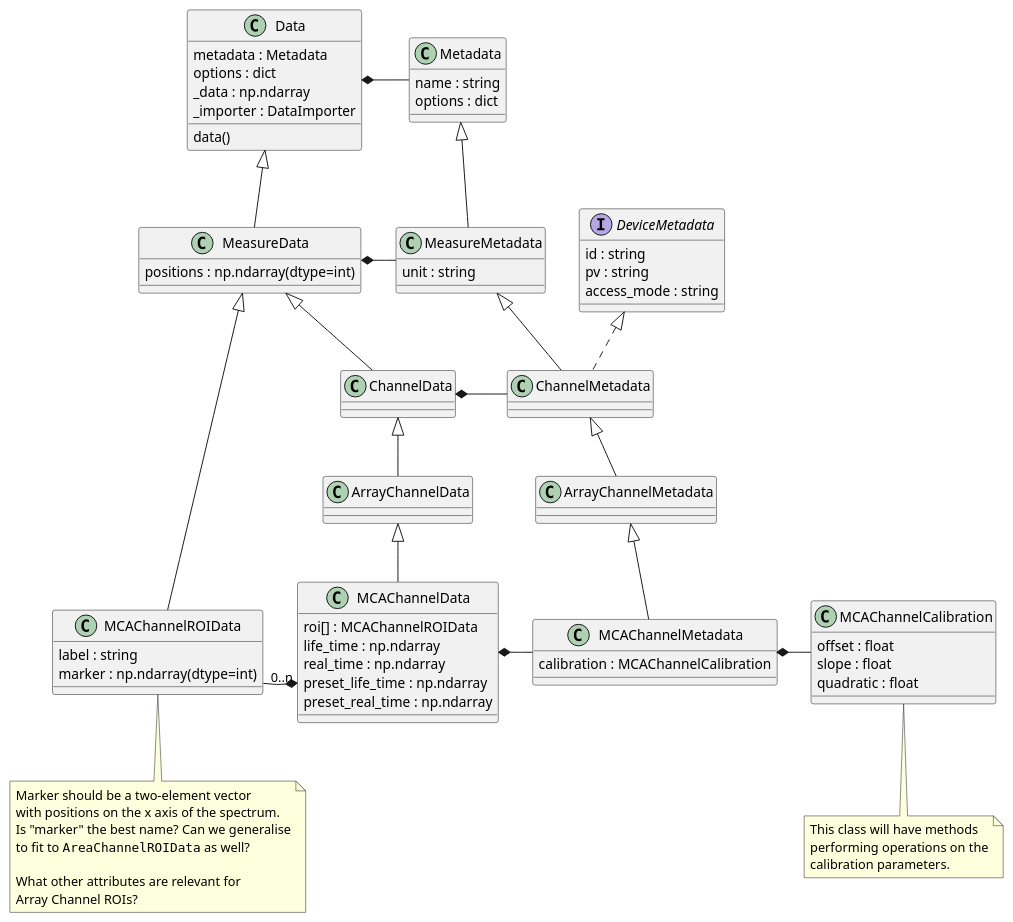
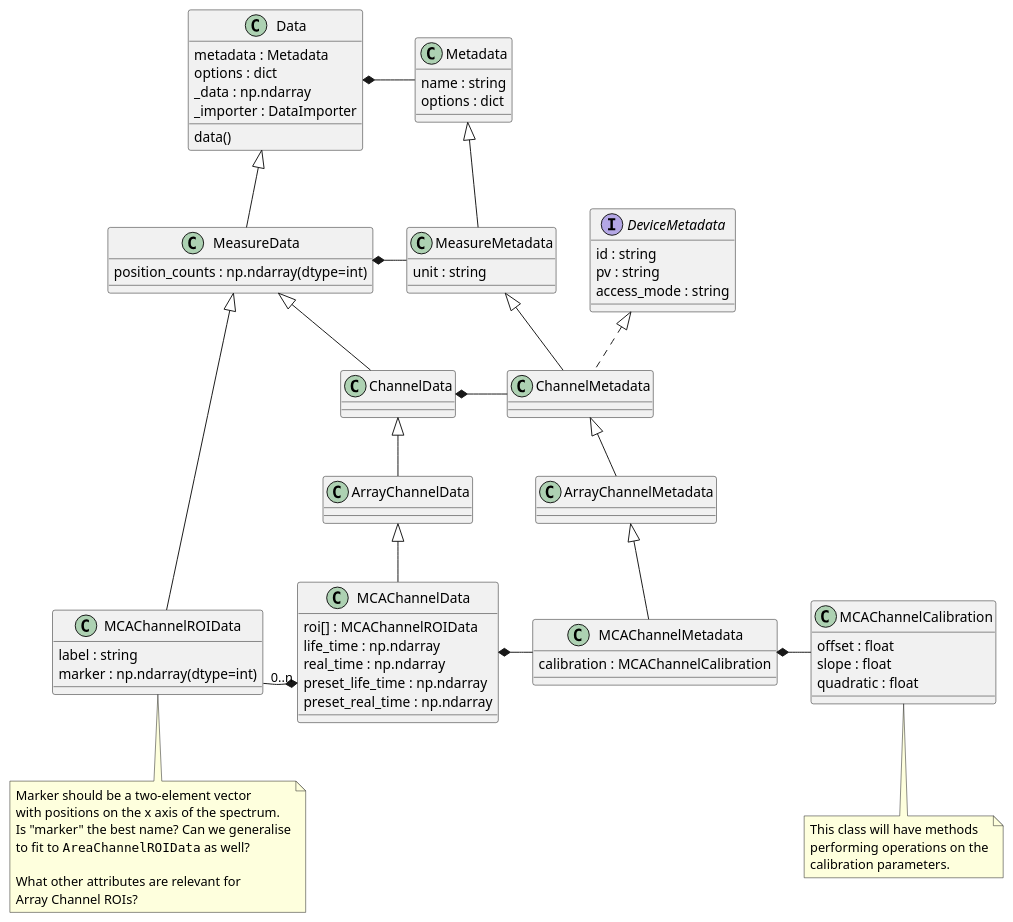
Before and after one commit to tillbiskup/evedata: the diagram in docs/uml/mcachannel.puml, drawn with PlantUML. The commit also changed 31 other files, not shown here.

First line of the commit message:
Replace ambiguous name "positions" with "position_count" where actual position counts are meant.

```diff
--- a/docs/uml/mcachannel.puml
+++ b/docs/uml/mcachannel.puml
@@ -1,93 +1,93 @@
 @startuml
 'https://plantuml.com/class-diagram
 
 class Data {
     metadata : Metadata
     options : dict
     _data : np.ndarray
     _importer : DataImporter
     data()
 }
 
 Data *- Metadata
 
 class MeasureData extends Data {
-    {field} positions : np.ndarray(dtype=int)
+    {field} position_counts : np.ndarray(dtype=int)
 }
 
 MeasureData *- MeasureMetadata
 
 class ChannelData extends MeasureData
 
 ChannelData *- ChannelMetadata
 
 class ArrayChannelData extends ChannelData {}
 
 class MCAChannelData extends ArrayChannelData {
     roi[] : MCAChannelROIData
     life_time : np.ndarray
     real_time : np.ndarray
     preset_life_time : np.ndarray
     preset_real_time : np.ndarray
 }
 
 MCAChannelData *- MCAChannelMetadata
 
 MCAChannelROIData "0..n" -* MCAChannelData
 
 MCAChannelROIData -[hidden]> MCAChannelData
 
 class MCAChannelROIData extends MeasureData {
     {field} label : string
     {field} marker : np.ndarray(dtype=int)
 }
 note bottom of MCAChannelROIData
     Marker should be a two-element vector
     with positions on the x axis of the spectrum.
     Is "marker" the best name? Can we generalise
     to fit to ""AreaChannelROIData"" as well?
 
     What other attributes are relevant for
     Array Channel ROIs?
 end note
 
 
 class Metadata {
     name : string
     options : dict
 }
 
 class MeasureMetadata extends Metadata {
     unit : string
 }
 
 interface DeviceMetadata {
     id : string
     pv : string
     access_mode : string
 }
 
 MeasureMetadata -[hidden]> DeviceMetadata
 
 class ChannelMetadata extends MeasureMetadata implements DeviceMetadata
 
 class ArrayChannelMetadata extends ChannelMetadata
 
 class MCAChannelMetadata extends ArrayChannelMetadata {
     calibration : MCAChannelCalibration
 }
 
 MCAChannelMetadata *- MCAChannelCalibration
 
 class MCAChannelCalibration {
     offset : float
     slope : float
     quadratic : float
 }
 note bottom of MCAChannelCalibration
     This class will have methods
     performing operations on the
     calibration parameters.
 end note
 
 @enduml
```
